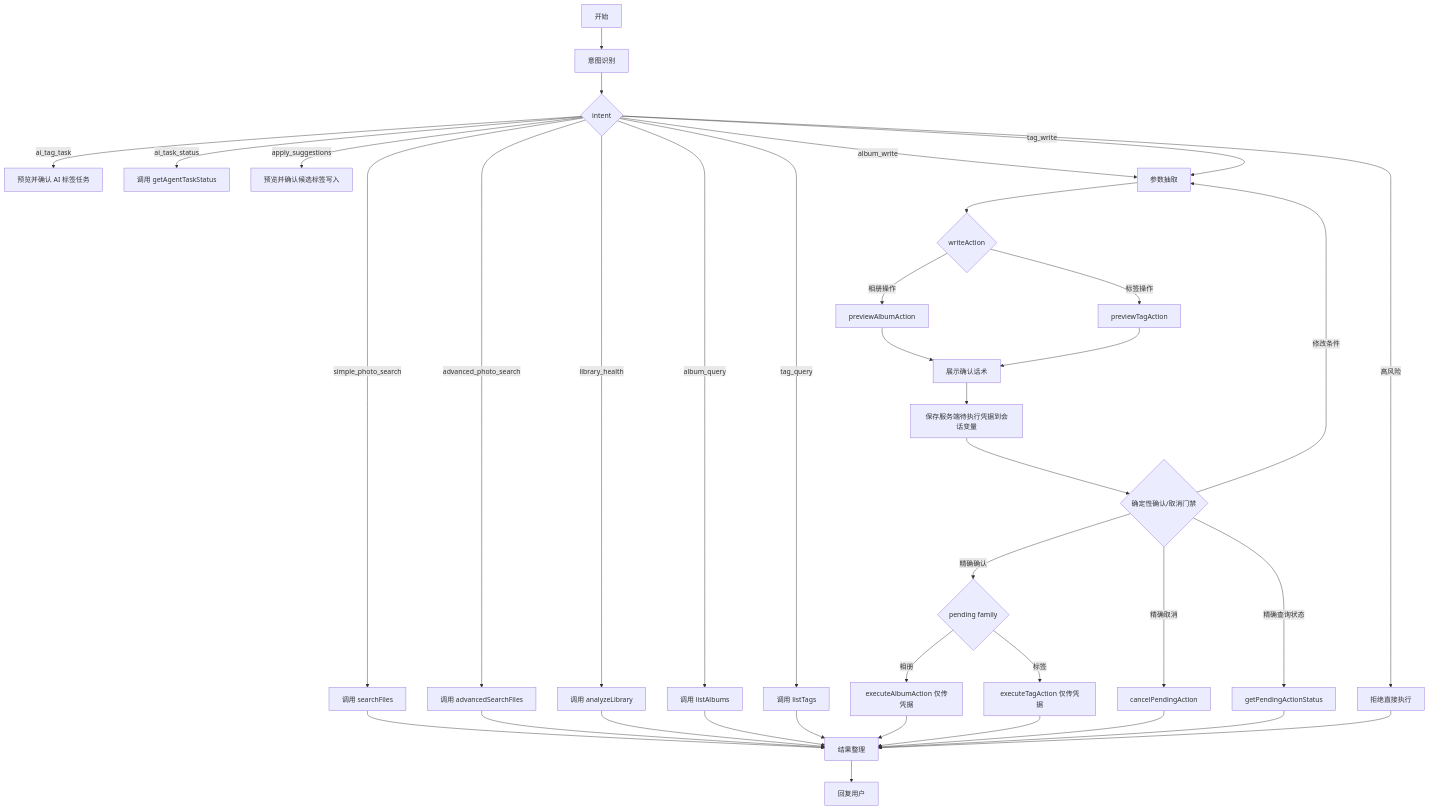
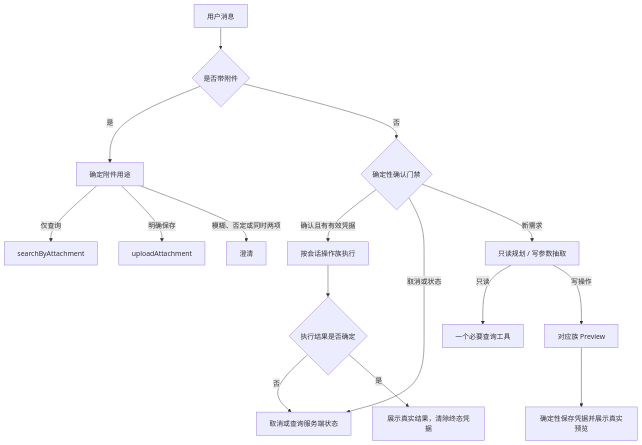
Before and after one commit to Jasper-xxx/cloud-album-ai: the diagram in docs/dify-agent-write-workflow-guide.md, drawn with Mermaid. The commit also changed other lines of this file and 13 other files, not shown here.

````diff
--- a/docs/dify-agent-write-workflow-guide.md
+++ b/docs/dify-agent-write-workflow-guide.md
@@ -63,40 +16,18 @@
 ```mermaid
 flowchart TD
-    A["开始"] --> B["意图识别"]
-    B --> C{"intent"}
-    C -->|simple_photo_search| D["调用 searchFiles"]
-    C -->|advanced_photo_search| DA["调用 advancedSearchFiles"]
-    C -->|library_health| DH["调用 analyzeLibrary"]
-    C -->|ai_tag_task| AT["预览并确认 AI 标签任务"]
-    C -->|ai_task_status| AS["调用 getAgentTaskStatus"]
-    C -->|apply_suggestions| AP["预览并确认候选标签写入"]
-    C -->|album_query| E["调用 listAlbums"]
-    C -->|tag_query| F["调用 listTags"]
-    C -->|album_write| G["参数抽取"]
-    C -->|tag_write| G
-    C -->|高风险| X["拒绝直接执行"]
-    D --> R["结果整理"]
-    DA --> R
-    DH --> R
-    E --> R
-    F --> R
-    G --> H{"writeAction"}
-    H -->|相册操作| I["previewAlbumAction"]
-    H -->|标签操作| J["previewTagAction"]
-    I --> K["展示确认话术"]
-    J --> K
-    K --> V["保存服务端待执行凭据到会话变量"]
-    V --> L{"确定性确认/取消门禁"}
-    L -->|精确确认| M{"pending family"}
-    L -->|精确取消| N["cancelPendingAction"]
-    L -->|精确查询状态| Q["getPendingActionStatus"]
-    L -->|修改条件| G
-    M -->|相册| O["executeAlbumAction 仅传凭据"]
-    M -->|标签| P["executeTagAction 仅传凭据"]
-    O --> R
-    P --> R
-    N --> R
-    Q --> R
-    X --> R
-    R --> S["回复用户"]
+    A["用户消息"] --> B{"是否带附件"}
+    B -->|是| C["确定附件用途"]
+    C -->|仅查询| D["searchByAttachment"]
+    C -->|明确保存| E["uploadAttachment"]
+    C -->|模糊、否定或同时两项| F["澄清"]
+    B -->|否| G{"确定性确认门禁"}
+    G -->|确认且有有效凭据| H["按会话操作族执行"]
+    G -->|取消或状态| I["取消或查询服务端状态"]
+    G -->|新需求| J["只读规划 / 写参数抽取"]
+    J -->|只读| K["一个必要查询工具"]
+    J -->|写操作| L["对应族 Preview"]
+    L --> M["确定性保存凭据并展示真实预览"]
+    H --> N{"执行结果是否确定"}
+    N -->|否| I
+    N -->|是| O["展示真实结果，清除终态凭据"]
 ```
````
